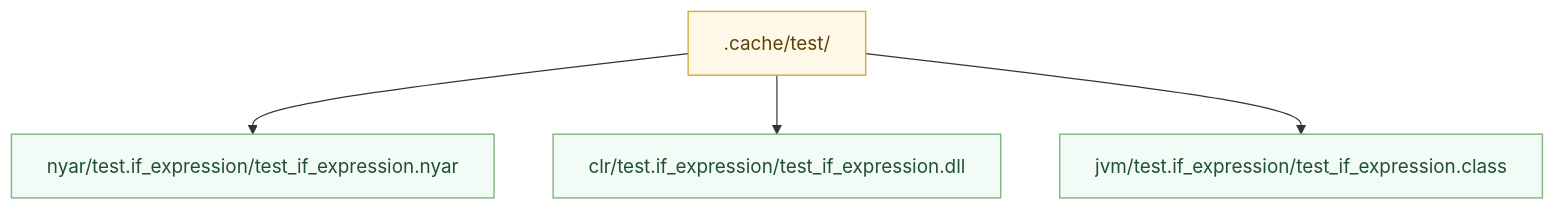
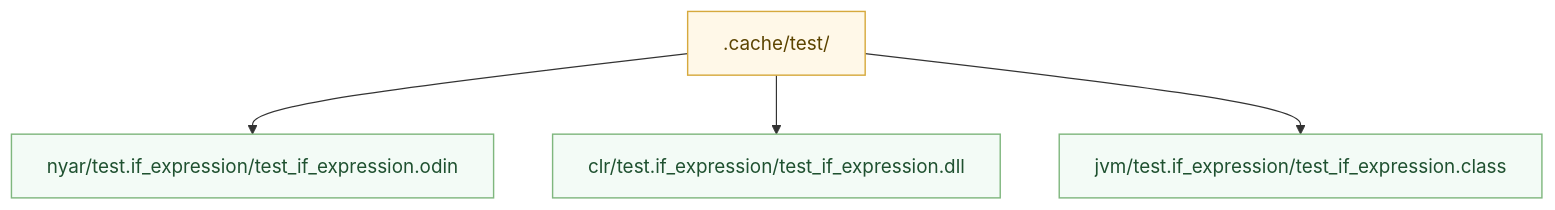
The third of 4 diagrams in documentation/pages/zh-hans/toolchain/legion.md (valkyrie-language/valkyrie.v), drawn with Mermaid before and after one commit. The commit also changed other lines of this file and 8 other files, not shown here.

````diff
--- a/documentation/pages/zh-hans/toolchain/legion.md
+++ b/documentation/pages/zh-hans/toolchain/legion.md
@@ -488,18 +488,18 @@
 ```mermaid
 flowchart TD
     Cache[.cache/test/]
-    Nyar[nyar/test.if_expression/test_if_expression.nyar]
+    Nyar[nyar/test.if_expression/test_if_expression.odin]
     Clr[clr/test.if_expression/test_if_expression.dll]
     JVM[jvm/test.if_expression/test_if_expression.class]
 
     Cache --> Nyar
     Cache --> Clr
     Cache --> JVM
 
     classDef phase fill:#f6f9fc,stroke:#8a9aad,stroke-width:1.2px,color:#1f2937;
     classDef boundary fill:#fff8e8,stroke:#d6a93d,stroke-width:1.2px,color:#5c4400;
     classDef delivery fill:#f3fbf6,stroke:#7fb77e,stroke-width:1.2px,color:#1f5130;
 
     class Cache boundary;
     class Nyar,Clr,JVM delivery;
 ```
````
